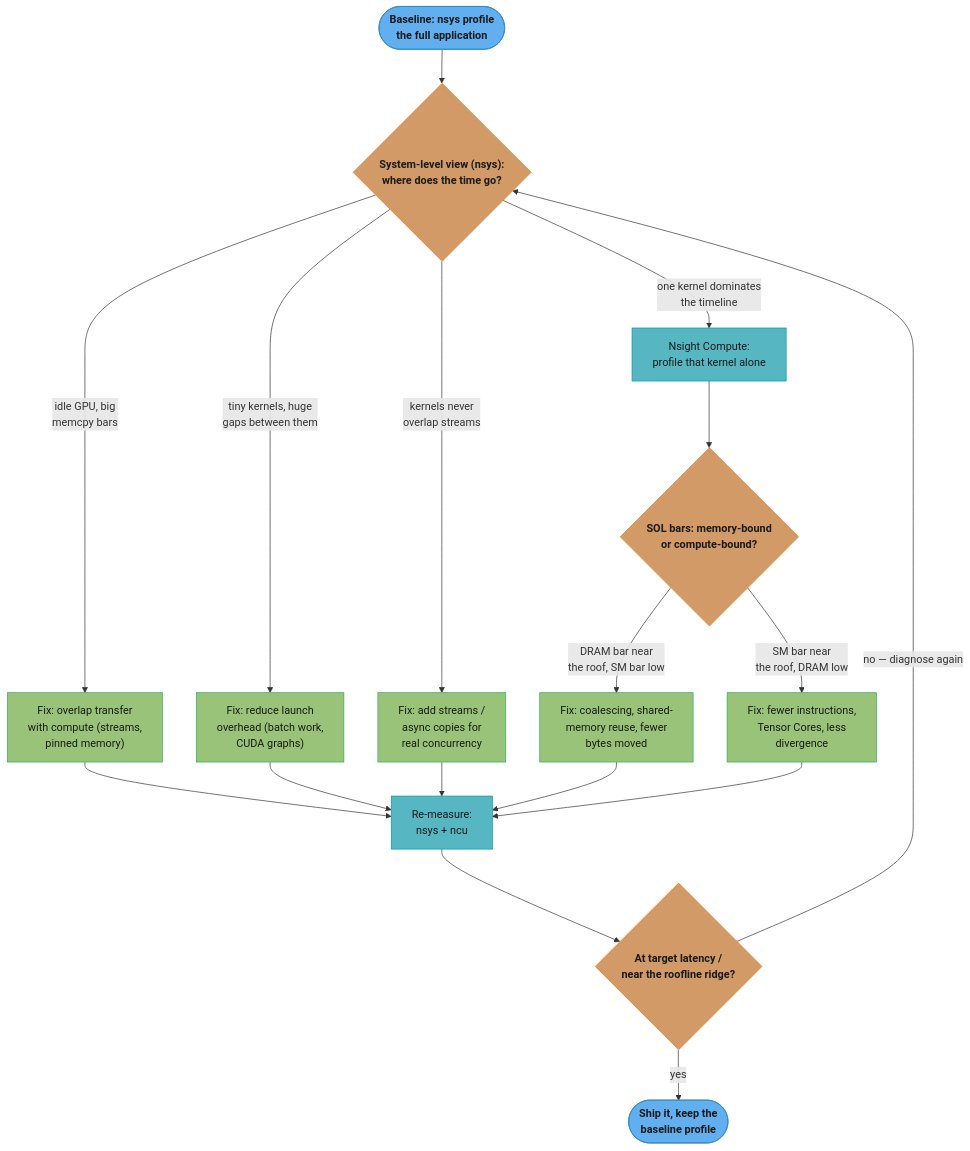
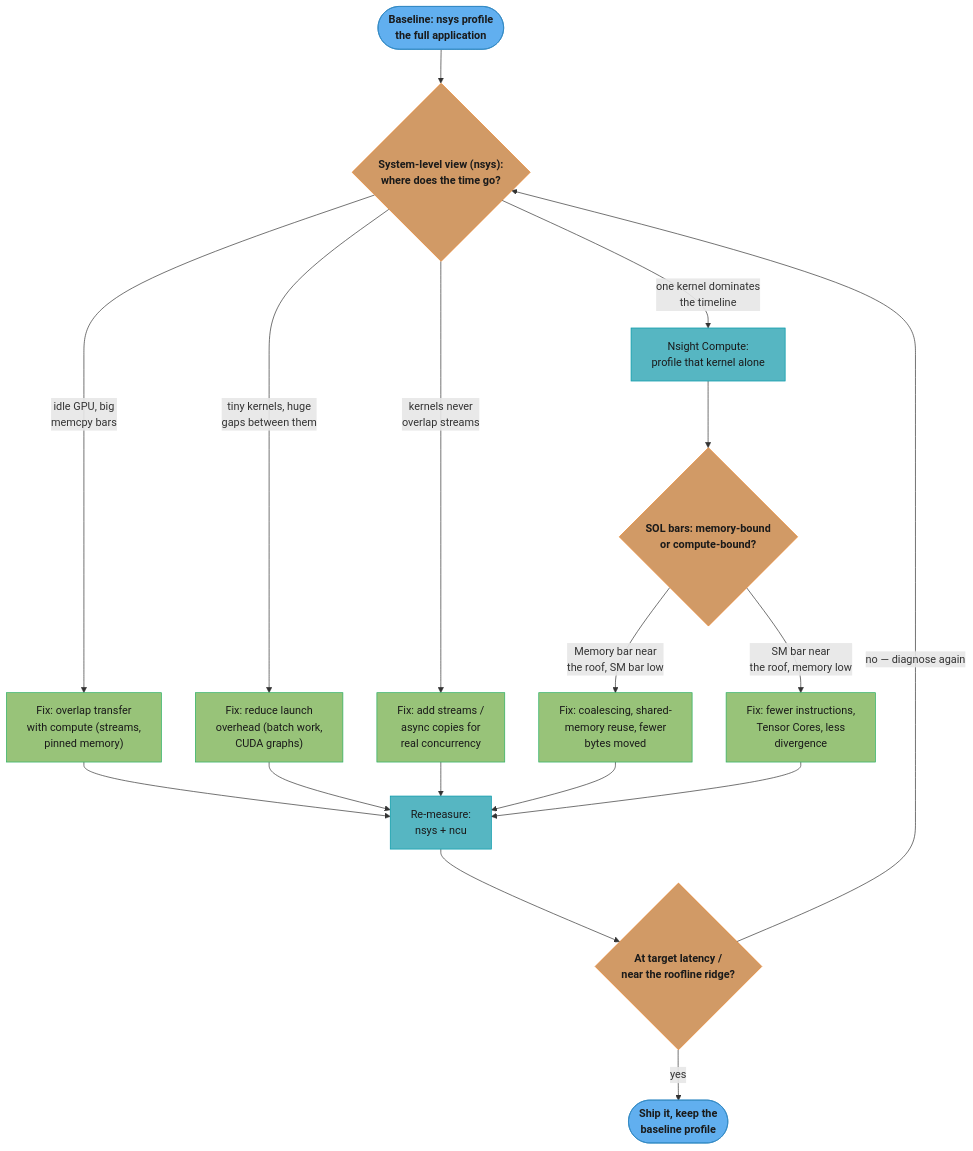
The diagram in src/main/java/com/rutik/systemdesign/cuda/case_studies/cross_cutting/nsight_profiling_workflow.md (rppol/system-design), drawn with Mermaid before and after one commit. The commit also changed other lines of this file and 4 other files, not shown here.

````diff
--- a/src/main/java/com/rutik/systemdesign/cuda/case_studies/cross_cutting/nsight_profiling_workflow.md
+++ b/src/main/java/com/rutik/systemdesign/cuda/case_studies/cross_cutting/nsight_profiling_workflow.md
@@ -23,37 +23,37 @@
 ```mermaid
 flowchart TD
     classDef io      fill:#61afef,stroke:#2e86c1,color:#1a1a1a,font-weight:bold
     classDef frozen  fill:#c678dd,stroke:#9b59b6,color:#fff
     classDef train   fill:#98c379,stroke:#27ae60,color:#1a1a1a
     classDef mathOp  fill:#d19a66,stroke:#e67e22,color:#1a1a1a,font-weight:bold
     classDef lossN   fill:#e06c75,stroke:#c0392b,color:#fff,font-weight:bold
     classDef req     fill:#56b6c2,stroke:#0097a7,color:#1a1a1a
     classDef base    fill:#e5c07b,stroke:#f39c12,color:#1a1a1a
 
     start(["Baseline: nsys profile\nthe full application"]) --> classify
 
     classify{"System-level view (nsys):\nwhere does the time go?"}
     classify -->|"idle GPU, big\nmemcpy bars"| transfer["Fix: overlap transfer\nwith compute (streams,\npinned memory)"]
     classify -->|"tiny kernels, huge\ngaps between them"| launch["Fix: reduce launch\noverhead (batch work,\nCUDA graphs)"]
     classify -->|"kernels never\noverlap streams"| serial["Fix: add streams /\nasync copies for\nreal concurrency"]
     classify -->|"one kernel dominates\nthe timeline"| kernelslow["Nsight Compute:\nprofile that kernel alone"]
 
     kernelslow --> solcheck{"SOL bars: memory-bound\nor compute-bound?"}
-    solcheck -->|"DRAM bar near\nthe roof, SM bar low"| memfix["Fix: coalescing, shared-\nmemory reuse, fewer\nbytes moved"]
-    solcheck -->|"SM bar near\nthe roof, DRAM low"| compfix["Fix: fewer instructions,\nTensor Cores, less\ndivergence"]
+    solcheck -->|"Memory bar near\nthe roof, SM bar low"| memfix["Fix: coalescing, shared-\nmemory reuse, fewer\nbytes moved"]
+    solcheck -->|"SM bar near\nthe roof, memory low"| compfix["Fix: fewer instructions,\nTensor Cores, less\ndivergence"]
 
     transfer --> remeasure["Re-measure:\nnsys + ncu"]
     launch --> remeasure
     serial --> remeasure
     memfix --> remeasure
     compfix --> remeasure
 
     remeasure --> target{"At target latency /\nnear the roofline ridge?"}
     target -->|"no — diagnose again"| classify
     target -->|"yes"| done(["Ship it, keep the\nbaseline profile"])
 
     class start,done io
     class classify,solcheck,target mathOp
     class transfer,launch,serial,memfix,compfix train
     class kernelslow,remeasure req
 ```
````
